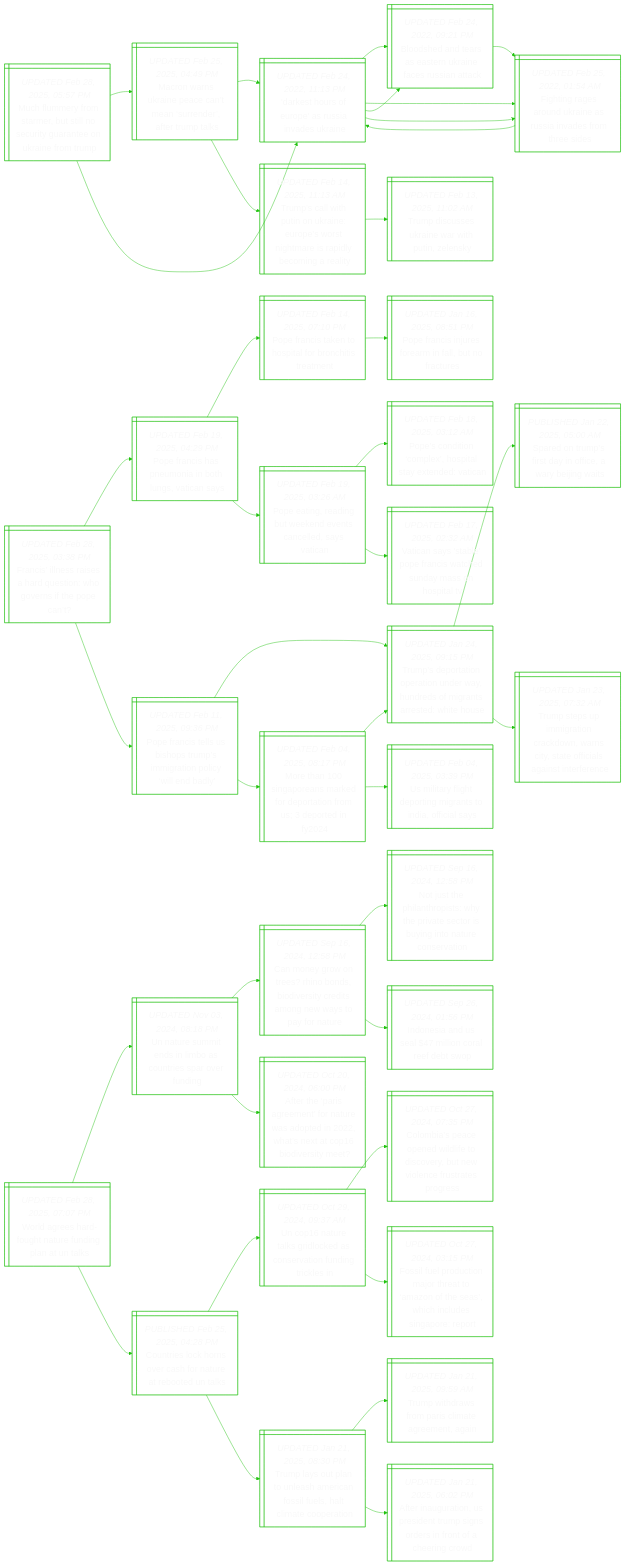
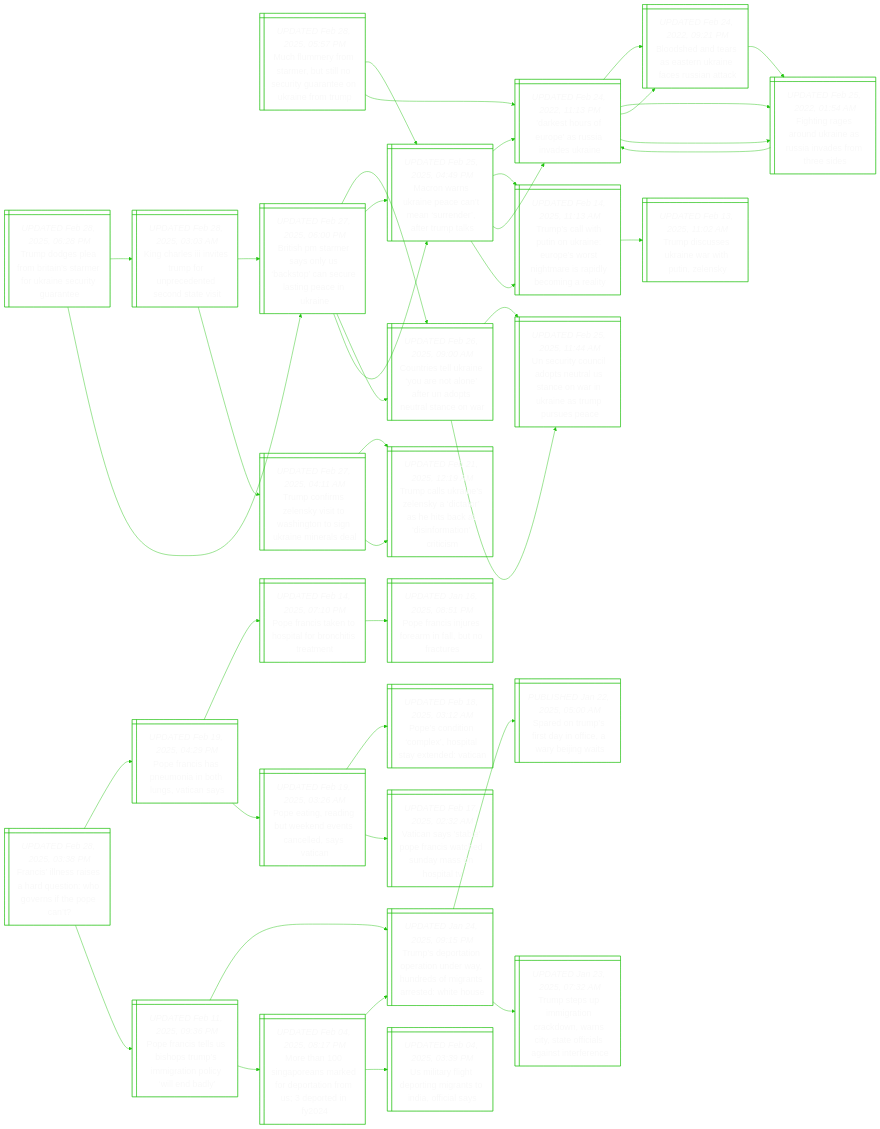
The diagram in README.md (notJmes/notJmes), drawn with Mermaid before and after one commit. The commit also changed other lines of this file, not shown here.

````diff
--- a/README.md
+++ b/README.md
@@ -52,6 +52,52 @@
 Bsnranicsak:::txtsize --> Figokesnsts:::txtsize
 DsruasvUn:::txtsize --> Figokesnsts:::txtsize
 Figokesnsts:::txtsize --> DsruasvUn:::txtsize
+
+Tdsfrnroaetre@{ shape: win-pane, label: "_UPDATED Feb 28, 2025, 06:28 PM_
+Trump dodges plea from britain’s starmer for ukraine security guarantee" }
+Khsnspneeoas@{ shape: win-pane, label: "_UPDATED Feb 28, 2025, 03:03 AM_
+King charles iii invites trump for unprecedented second state visit" }
+BstroSsauspia@{ shape: win-pane, label: "_UPDATED Feb 27, 2025, 06:00 PM_
+British pm starmer says only us ‘backstop’ can secure lasting peace in ukraine" }
+CreryelfNttto@{ shape: win-pane, label: "_UPDATED Feb 26, 2025, 09:00 AM_
+Countries tell ukraine ‘you are not alone’ after un adopts neutral stance on war" }
+MnsianneaTt@{ shape: win-pane, label: "_UPDATED Feb 25, 2025, 04:49 PM_
+Macron warns ukraine peace can’t mean ‘surrender’, after trump talks" }
+Tcrlytstskere@{ shape: win-pane, label: "_UPDATED Feb 27, 2025, 04:11 AM_
+Trump confirms zelensky visit to washington to sign ukraine minerals deal" }
+TcUnlytaicioiis@{ shape: win-pane, label: "_UPDATED Feb 21, 2025, 12:19 AM_
+Trump calls ukraine’s zelensky a ‘dictator’ as he hits back at ‘disinformation’ criticism" }
+TcUnlytaicioiis@{ shape: win-pane, label: "_UPDATED Feb 21, 2025, 12:19 AM_
+Trump calls ukraine’s zelensky a ‘dictator’ as he hits back at ‘disinformation’ criticism" }
+BstroSsauspia@{ shape: win-pane, label: "_UPDATED Feb 27, 2025, 06:00 PM_
+British pm starmer says only us ‘backstop’ can secure lasting peace in ukraine" }
+CreryelfNttto@{ shape: win-pane, label: "_UPDATED Feb 26, 2025, 09:00 AM_
+Countries tell ukraine ‘you are not alone’ after un adopts neutral stance on war" }
+UuCipuUnwUnruse@{ shape: win-pane, label: "_UPDATED Feb 25, 2025, 11:44 AM_
+Un security council adopts neutral us stance on war in ukraine as trump pursues peace" }
+UuCipuUnwUnruse@{ shape: win-pane, label: "_UPDATED Feb 25, 2025, 11:44 AM_
+Un security council adopts neutral us stance on war in ukraine as trump pursues peace" }
+MnsianneaTt@{ shape: win-pane, label: "_UPDATED Feb 25, 2025, 04:49 PM_
+Macron warns ukraine peace can’t mean ‘surrender’, after trump talks" }
+DsruasvUn@{ shape: win-pane, label: "_UPDATED Feb 24, 2022, 11:13 PM_
+'darkest hours of europe' as russia invades ukraine" }
+Tswunirwnmsdcgl@{ shape: win-pane, label: "_UPDATED Feb 14, 2025, 11:13 AM_
+Trump’s call with putin on ukraine: europe’s worst nightmare is rapidly becoming a reality" }
+
+Tdsfrnroaetre:::txtsize --> Khsnspneeoas:::txtsize
+Khsnspneeoas:::txtsize --> BstroSsauspia:::txtsize
+BstroSsauspia:::txtsize --> CreryelfNttto:::txtsize
+BstroSsauspia:::txtsize --> MnsianneaTt:::txtsize
+Khsnspneeoas:::txtsize --> Tcrlytstskere:::txtsize
+Tcrlytstskere:::txtsize --> TcUnlytaicioiis:::txtsize
+Tcrlytstskere:::txtsize --> TcUnlytaicioiis:::txtsize
+Tdsfrnroaetre:::txtsize --> BstroSsauspia:::txtsize
+BstroSsauspia:::txtsize --> CreryelfNttto:::txtsize
+CreryelfNttto:::txtsize --> UuCipuUnwUnruse:::txtsize
+CreryelfNttto:::txtsize --> UuCipuUnwUnruse:::txtsize
+BstroSsauspia:::txtsize --> MnsianneaTt:::txtsize
+MnsianneaTt:::txtsize --> DsruasvUn:::txtsize
+MnsianneaTt:::txtsize --> Tswunirwnmsdcgl:::txtsize
 
 Finaaqiortpt@{ shape: win-pane, label: "_UPDATED Feb 28, 2025, 03:38 PM_
 Francis’ illness raises a hard question: who governs if the pope can’t?" }
@@ -96,44 +142,4 @@
 MhnrmdeafSrn:::txtsize --> TsrornruditeWH:::txtsize
 MhnrmdeafSrn:::txtsize --> UiftrmnIoiy:::txtsize
 
-WasftrdlUk@{ shape: win-pane, label: "_UPDATED Feb 28, 2025, 07:07 PM_
-World agrees hard-fought nature funding plan at un talks" }
-Uumnlansoug@{ shape: win-pane, label: "_UPDATED Nov 03, 2024, 08:18 PM_
-Un nature summit ends in limbo as countries spar over funding" }
-Cnorhoieyiowtft@{ shape: win-pane, label: "_UPDATED Sep 16, 2024, 12:58 PM_
-Can money grow on trees? rhino bonds, biodiversity credits among new ways to pay for nature" }
-NspnpWeacsnorst@{ shape: win-pane, label: "_UPDATED Sep 16, 2024, 12:58 PM_
-Not just the philanthropists: why the private sector is buying into nature conservation" }
-Ienelcreo@{ shape: win-pane, label: "_UPDATED Sep 26, 2024, 01:56 PM_
-Indonesia and us seal $47 million coral reef debt swop" }
-AtrrnneddaxOdse@{ shape: win-pane, label: "_UPDATED Oct 20, 2024, 06:00 PM_
-After the ‘paris agreement’ for nature was adopted in 2022, what’s next at cop16 biodiversity meet?" }
-CrorehaaoUk@{ shape: win-pane, label: "_PUBLISHED Feb 25, 2025, 04:28 PM_
-Countries lock horns over cash for nature at rebooted un talks" }
-Unesldnafnci@{ shape: win-pane, label: "_UPDATED Oct 29, 2024, 09:37 AM_
-Un cop16 nature talks gridlocked as conservation funding trickles in" }
-Cbepwidvuvnutos@{ shape: win-pane, label: "_UPDATED Oct 27, 2024, 07:35 PM_
-Colombia’s peace opened wildlife to discovery, but new violence frustrates progress" }
-FlpcmttafeicsaRt@{ shape: win-pane, label: "_UPDATED Oct 27, 2024, 03:15 PM_
-Fossil fuel production major threat to ‘amazon of the seas’, which includes singapore: report" }
-TlunlAcsuaicrn@{ shape: win-pane, label: "_UPDATED Jan 21, 2025, 08:30 PM_
-Trump lays out plan to unleash american fossil fuels, halt climate cooperation" }
-Twrrriamg@{ shape: win-pane, label: "_UPDATED Jan 21, 2025, 09:59 AM_
-Trump withdraws from paris climate agreement, again" }
-Aiuoreugdnthnw@{ shape: win-pane, label: "_UPDATED Jan 21, 2025, 06:02 PM_
-After inauguration, us president trump signs orders in front of a cheering crowd" }
-
-WasftrdlUk:::txtsize --> Uumnlansoug:::txtsize
-Uumnlansoug:::txtsize --> Cnorhoieyiowtft:::txtsize
-Cnorhoieyiowtft:::txtsize --> NspnpWeacsnorst:::txtsize
-Cnorhoieyiowtft:::txtsize --> Ienelcreo:::txtsize
-Uumnlansoug:::txtsize --> AtrrnneddaxOdse:::txtsize
-WasftrdlUk:::txtsize --> CrorehaaoUk:::txtsize
-CrorehaaoUk:::txtsize --> Unesldnafnci:::txtsize
-Unesldnafnci:::txtsize --> Cbepwidvuvnutos:::txtsize
-Unesldnafnci:::txtsize --> FlpcmttafeicsaRt:::txtsize
-CrorehaaoUk:::txtsize --> TlunlAcsuaicrn:::txtsize
-TlunlAcsuaicrn:::txtsize --> Twrrriamg:::txtsize
-TlunlAcsuaicrn:::txtsize --> Aiuoreugdnthnw:::txtsize
-
 ```
````
